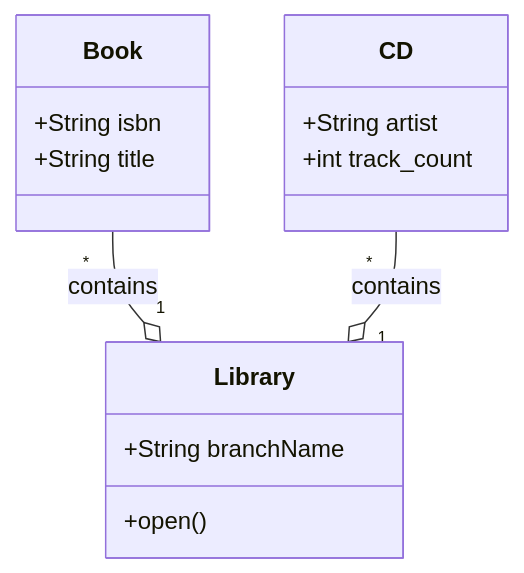
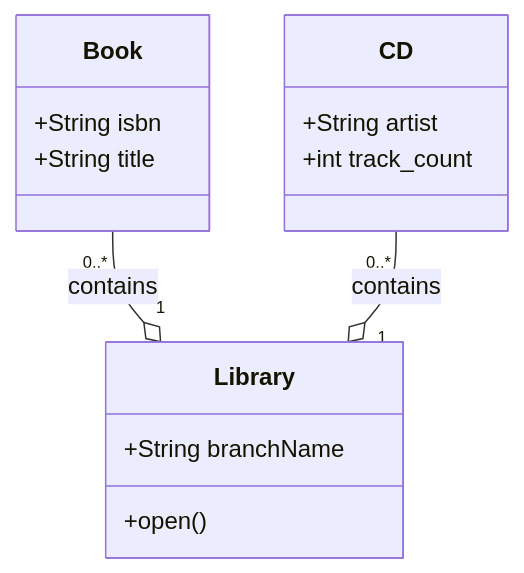
One commit to JeremiJR/uog-cpp changed diagram 12 of 13 in sec-04-uml-class/17-uml-class-diagram/chap_17.qmd. Above: the diagram before and after it, drawn with Mermaid. The commit also changed other lines of this file and 1 other file, not shown here.

````diff
--- a/sec-04-uml-class/17-uml-class-diagram/chap_17.qmd
+++ b/sec-04-uml-class/17-uml-class-diagram/chap_17.qmd
@@ -375,21 +388,21 @@
 ```{mermaid}
 classDiagram
     direction BT
     class Library {
         +String branchName
         +open()
     }
     class Book {
         +String isbn
         +String title
     }
     class CD {
         +String artist
         +int track_count
     }
 
     %% 'o--' represents Aggregation (hollow diamond)
     %% '*' or '0..*' represents "many"
-    Library "1" o-- "*" Book : contains
-    Library "1" o-- "*" CD : contains
+    Library "1" o-- "0..*" Book : contains
+    Library "1" o-- "0..*" CD : contains
 ```
````
